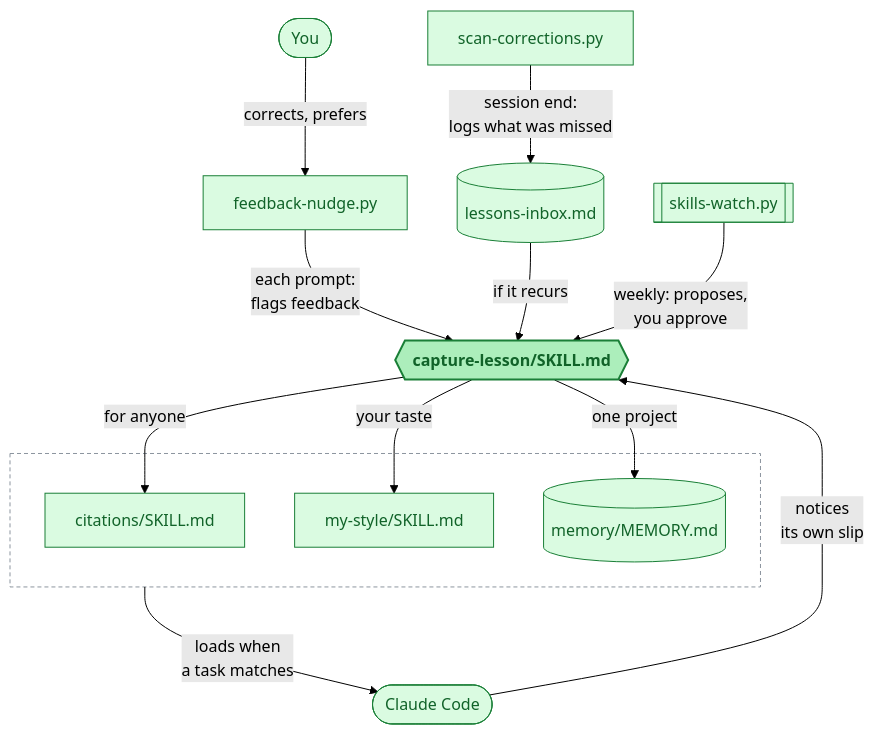
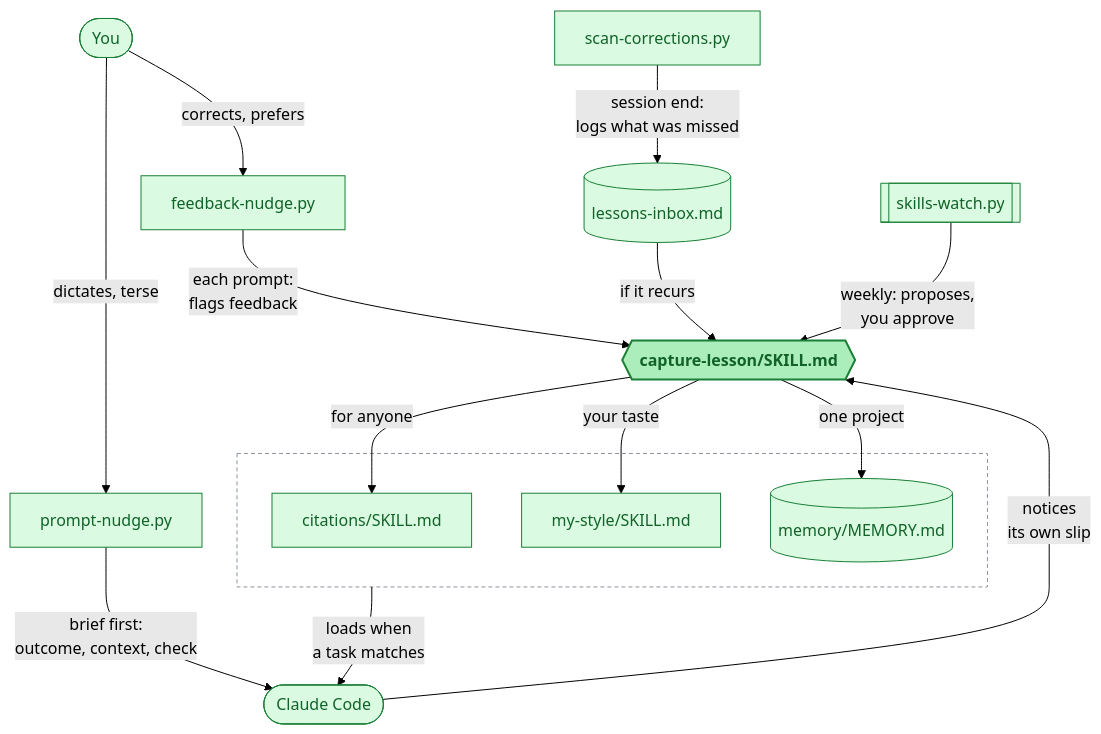
Before and after one commit to kat-titter/claude-code-learns: the diagram in README.md, drawn with Mermaid (forest theme). The commit also changed other lines of this file and 6 other files, not shown here.

````diff
--- a/README.md
+++ b/README.md
@@ -13,29 +13,32 @@
 ```mermaid
 flowchart TB
   you(["You"])
   agent(["Claude Code"])
   nudge["feedback-nudge.py"]
+  pnudge["prompt-nudge.py"]
   scan["scan-corrections.py"]
   inbox[("lessons-inbox.md")]
   cap{{"capture-lesson/SKILL.md"}}
   watch[["skills-watch.py"]]
   subgraph lib [" "]
     general["citations/SKILL.md"]
     taste["my-style/SKILL.md"]
     memory[("memory/MEMORY.md")]
   end
   you -->|"corrects, prefers"| nudge
   nudge -->|"each prompt:<br/>flags feedback"| cap
+  you -->|"dictates, terse"| pnudge
+  pnudge -->|"brief first:<br/>outcome, context, check"| agent
   agent -->|"notices<br/>its own slip"| cap
   scan -->|"session end:<br/>logs what was missed"| inbox
   inbox -->|"if it recurs"| cap
   cap -->|"for anyone"| general
   cap -->|"your taste"| taste
   cap -->|"one project"| memory
   lib -->|"loads when<br/>a task matches"| agent
   watch -->|"weekly: proposes,<br/>you approve"| cap
   classDef default fill:#dafbe1,stroke:#1a7f37,color:#116329
   classDef core fill:#aceebb,stroke:#1a7f37,stroke-width:2px,color:#116329,font-weight:bold
   class cap core
   style lib fill:none,stroke:#8c959f,stroke-dasharray:4 3
 ```
````
